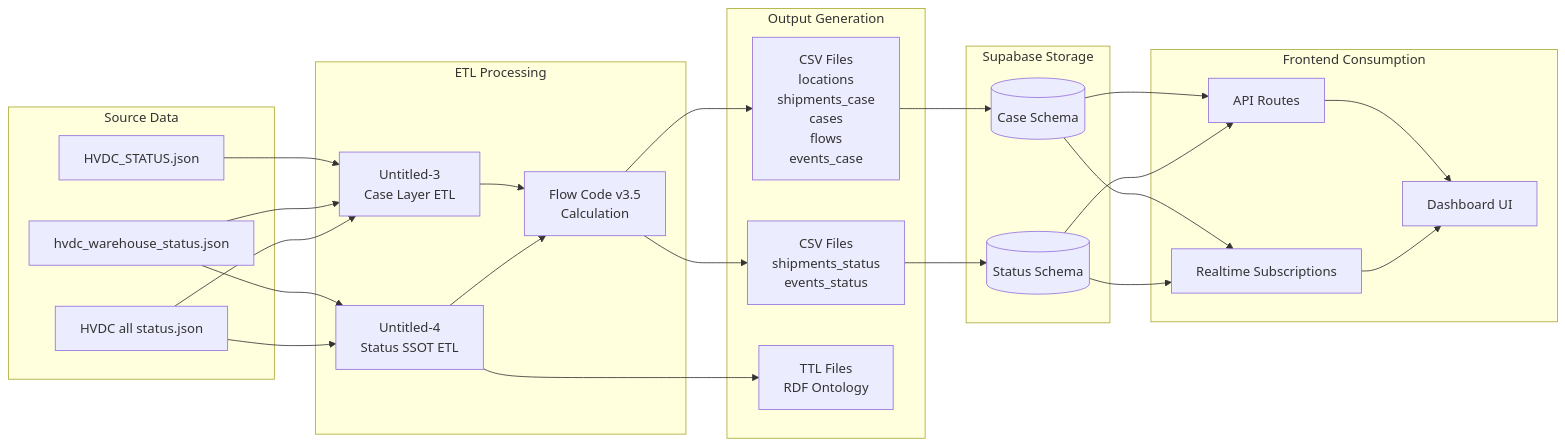
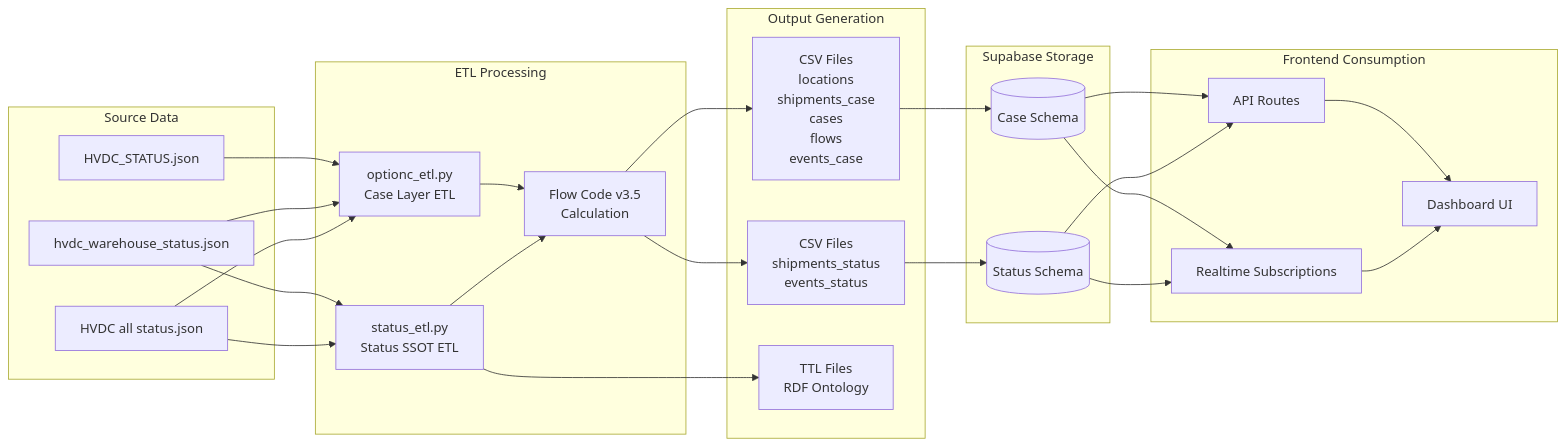
One commit to macho715/LOGI-MASTER-DASH changed the second of 15 diagrams in docs/architecture/architecture.md. Above: the diagram before and after it, drawn with Mermaid. The commit also changed other lines of this file and 74 other files, not shown here.

````diff
--- a/docs/architecture/architecture.md
+++ b/docs/architecture/architecture.md
@@ -127,54 +127,54 @@
 ```mermaid
 flowchart LR
     subgraph "Source Data"
         A[HVDC all status.json]
         B[hvdc_warehouse_status.json]
         C[HVDC_STATUS.json]
     end
 
     subgraph "ETL Processing"
-        D[Untitled-4<br/>Status SSOT ETL]
-        E[Untitled-3<br/>Case Layer ETL]
+        D[status_etl.py<br/>Status SSOT ETL]
+        E[optionc_etl.py<br/>Case Layer ETL]
         F[Flow Code v3.5<br/>Calculation]
     end
 
     subgraph "Output Generation"
         G[CSV Files<br/>shipments_status<br/>events_status]
         H[CSV Files<br/>locations<br/>shipments_case<br/>cases<br/>flows<br/>events_case]
         I[TTL Files<br/>RDF Ontology]
     end
 
     subgraph "Supabase Storage"
         J[(Status Schema)]
         K[(Case Schema)]
     end
 
     subgraph "Frontend Consumption"
         L[Realtime Subscriptions]
         M[API Routes]
         N[Dashboard UI]
     end
 
     A --> D
     B --> D
     A --> E
     B --> E
     C --> E
 
     D --> F
     E --> F
     F --> G
     F --> H
     D --> I
 
     G --> J
     H --> K
 
     J --> L
     K --> L
     J --> M
     K --> M
 
     L --> N
     M --> N
 ```
````
